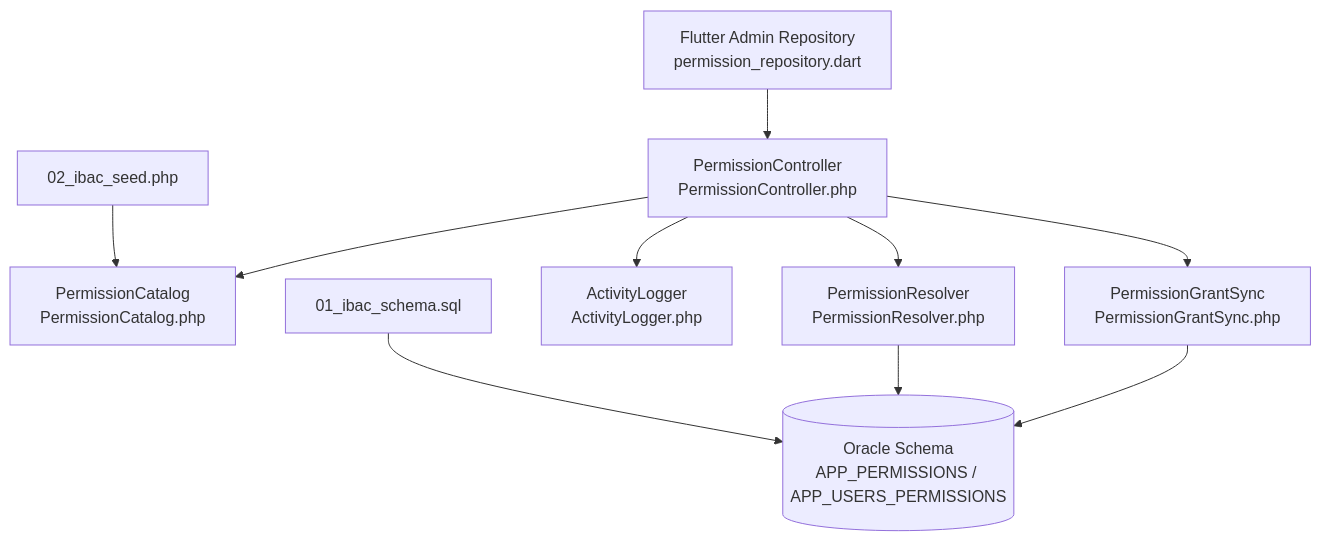
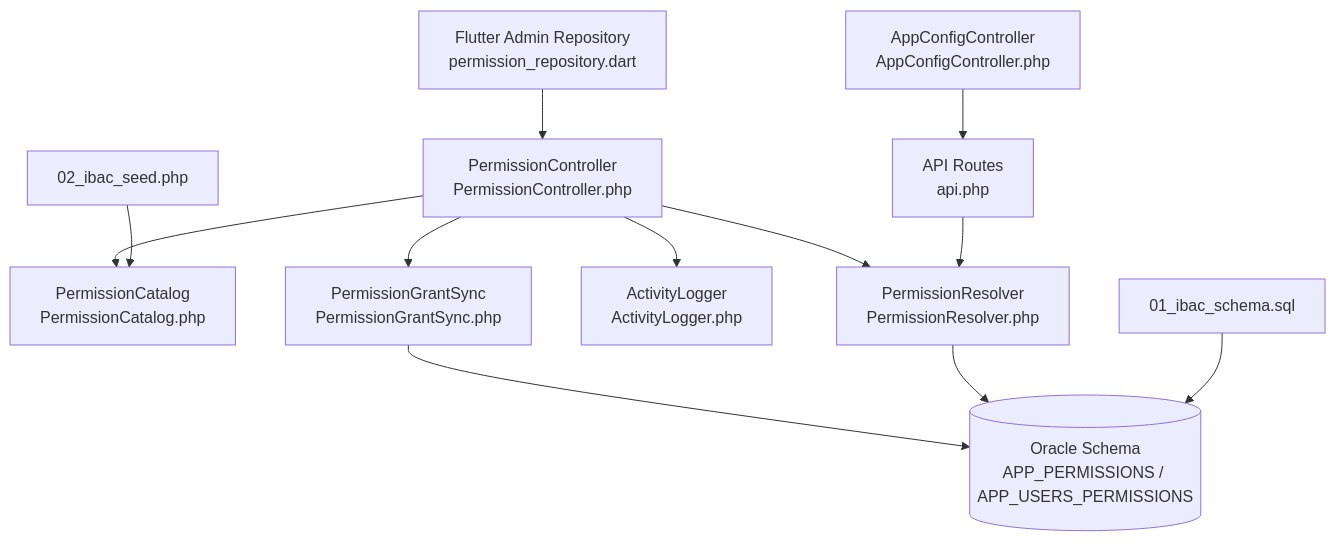
The first of 10 diagrams in .qoder/repowiki/en/content/Frontend Development Guide/Feature Modules/Admin Module/Permission Management.md (Aporaad/ky_apps), drawn with Mermaid before and after one commit. The commit also changed other lines of this file and 58 other files, not shown here.

````diff
--- a/.qoder/repowiki/en/content/Frontend Development Guide/Feature Modules/Admin Module/Permission Management.md
+++ b/.qoder/repowiki/en/content/Frontend Development Guide/Feature Modules/Admin Module/Permission Management.md
@@ -43,12 +54,14 @@
 ```mermaid
 graph TB
 Flutter["Flutter Admin Repository<br/>permission_repository.dart"] --> API["PermissionController<br/>PermissionController.php"]
 API --> Catalog["PermissionCatalog<br/>PermissionCatalog.php"]
 API --> Grants["PermissionGrantSync<br/>PermissionGrantSync.php"]
 API --> Logger["ActivityLogger<br/>ActivityLogger.php"]
 API --> Resolver["PermissionResolver<br/>PermissionResolver.php"]
 Grants --> DB[("Oracle Schema<br/>APP_PERMISSIONS / APP_USERS_PERMISSIONS")]
 Resolver --> DB
 Seed["02_ibac_seed.php"] --> Catalog
 Schema["01_ibac_schema.sql"] --> DB
+AppConfig["AppConfigController<br/>AppConfigController.php"] --> Routes["API Routes<br/>api.php"]
+Routes --> Resolver
 ```
````
